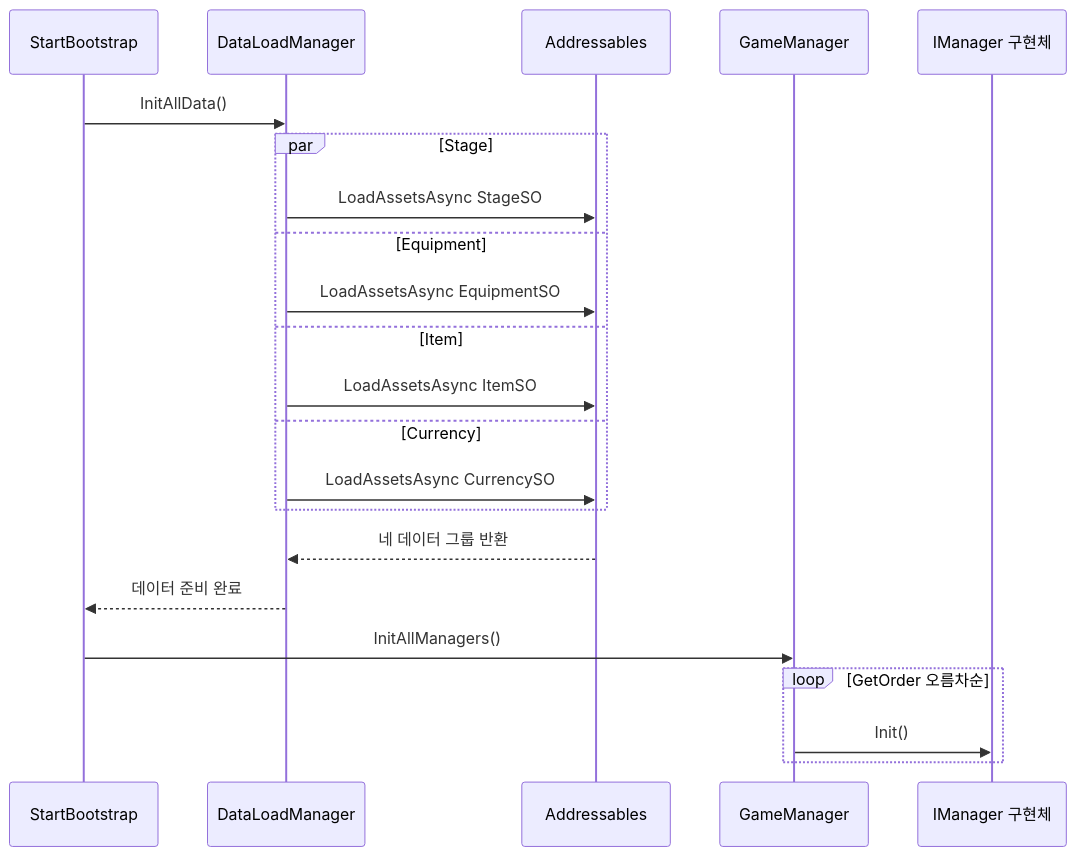
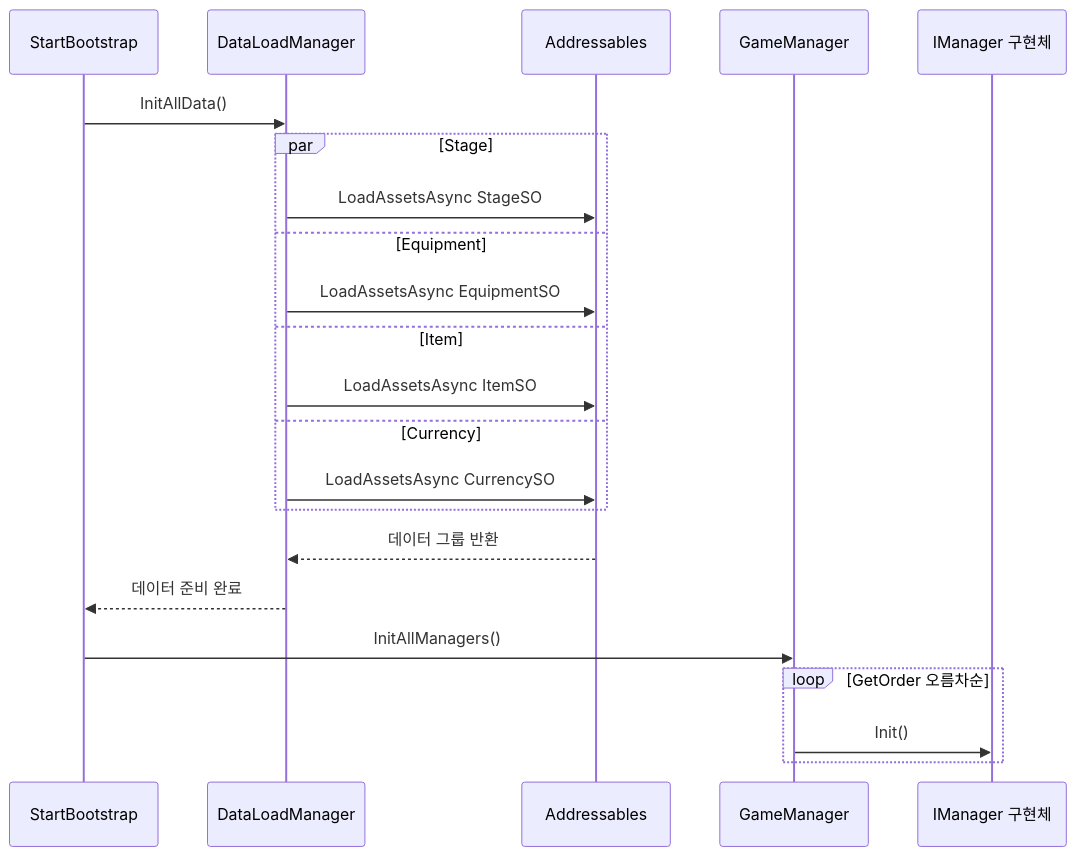
One commit to ks0521/ks0521.github.io changed the second of 9 diagrams in README.md. Above: the diagram before and after it, drawn with Mermaid. The commit also changed other lines of this file, not shown here.

````diff
--- a/README.md
+++ b/README.md
@@ -159,25 +154,25 @@
 ```mermaid
 sequenceDiagram
     participant B as StartBootstrap
     participant D as DataLoadManager
     participant A as Addressables
     participant G as GameManager
     participant M as IManager 구현체
 
     B->>D: InitAllData()
     par Stage
         D->>A: LoadAssetsAsync StageSO
     and Equipment
         D->>A: LoadAssetsAsync EquipmentSO
     and Item
         D->>A: LoadAssetsAsync ItemSO
     and Currency
         D->>A: LoadAssetsAsync CurrencySO
     end
-    A-->>D: 네 데이터 그룹 반환
+    A-->>D: 데이터 그룹 반환
     D-->>B: 데이터 준비 완료
     B->>G: InitAllManagers()
     loop GetOrder 오름차순
         G->>M: Init()
     end
 ```
````
